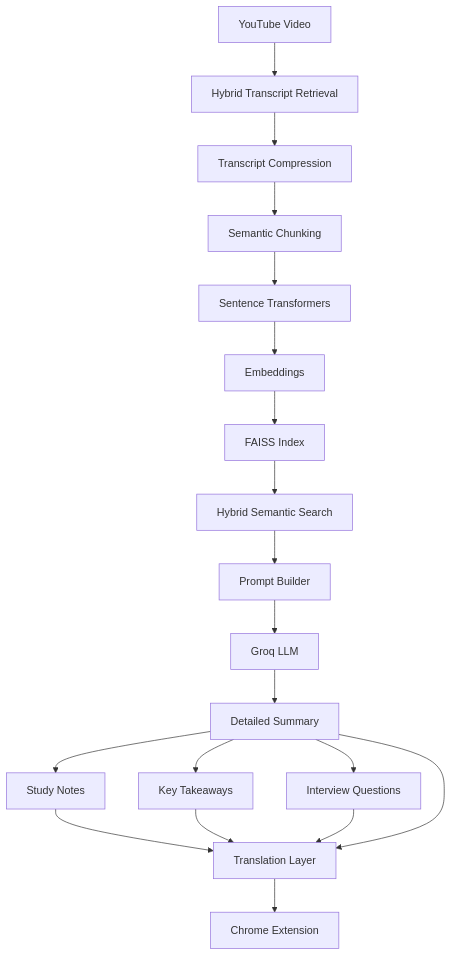
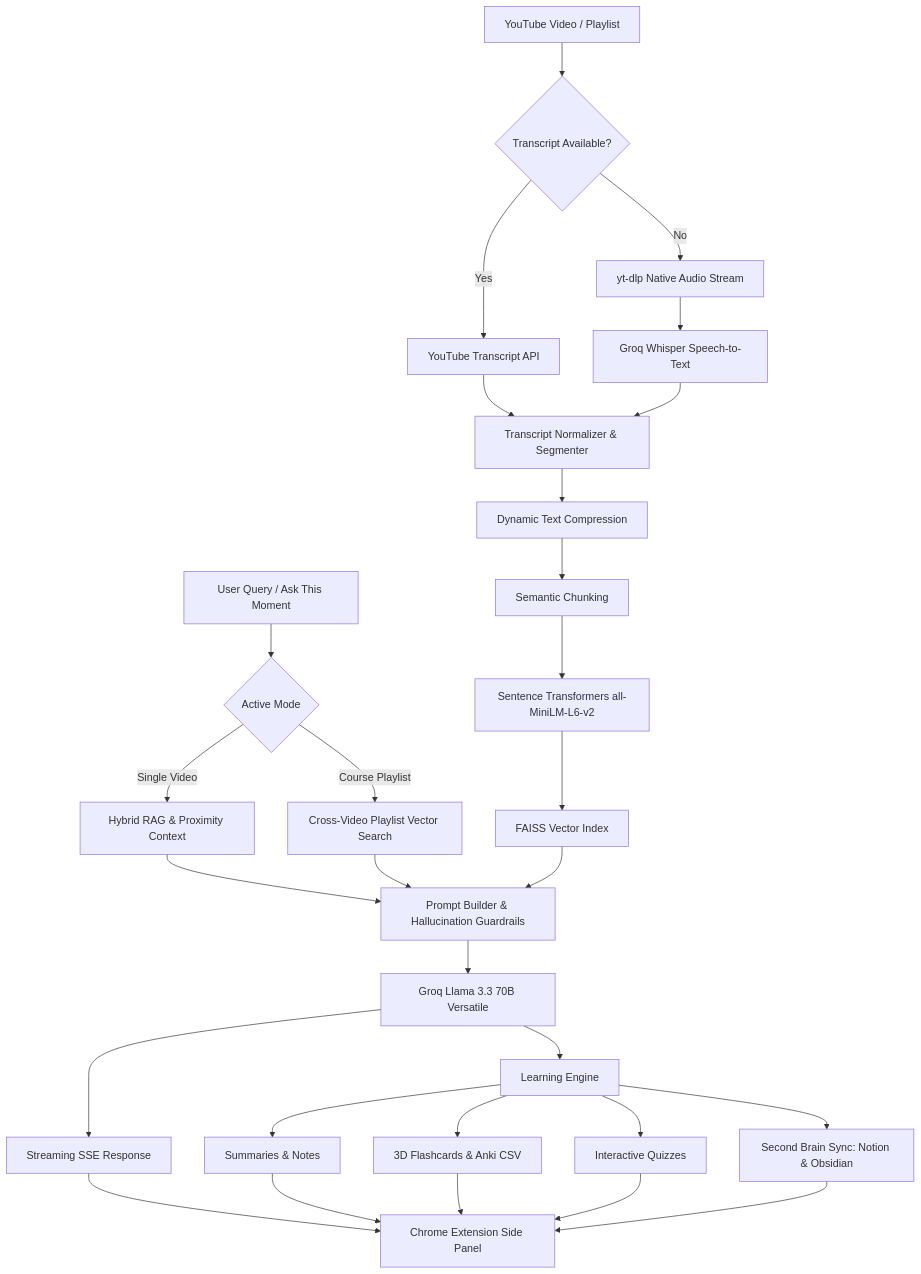
The diagram in README.md (Omkar-narsale/TubeMind-AI), drawn with Mermaid before and after one commit. The commit also changed other lines of this file, not shown here.

Commit message:
docs: modernize and expand README with all 5 new power features, architecture flowchart, and setup guide

````diff
--- a/README.md
+++ b/README.md
@@ -161,50 +88,38 @@
 ```mermaid
 flowchart TD
-
-A[YouTube Video]
---> B[Hybrid Transcript Retrieval]
-
-B
---> C[Transcript Compression]
-
-C
---> D[Semantic Chunking]
-
-D
---> E[Sentence Transformers]
-
-E
---> F[Embeddings]
-
-F
---> G[FAISS Index]
-
-G
---> H[Hybrid Semantic Search]
-
-H
---> I[Prompt Builder]
-
-I
---> J[Groq LLM]
-
-J
---> K[Detailed Summary]
-
-K
---> L[Study Notes]
-
-K
---> M[Key Takeaways]
-
-K
---> N[Interview Questions]
-
-L --> O[Translation Layer]
-M --> O
-N --> O
-K --> O
-
-O
---> P[Chrome Extension]
+    A[YouTube Video / Playlist] --> B{Transcript Available?}
+    B -- Yes --> C[YouTube Transcript API]
+    B -- No --> D[yt-dlp Native Audio Stream]
+    D --> E[Groq Whisper Speech-to-Text]
+    
+    C --> F[Transcript Normalizer & Segmenter]
+    E --> F
+    
+    F --> G[Dynamic Text Compression]
+    G --> H[Semantic Chunking]
+    H --> I[Sentence Transformers all-MiniLM-L6-v2]
+    I --> J[FAISS Vector Index]
+    
+    K[User Query / Ask This Moment] --> L{Active Mode}
+    L -- Single Video --> M[Hybrid RAG & Proximity Context]
+    L -- Course Playlist --> N[Cross-Video Playlist Vector Search]
+    
+    M --> O[Prompt Builder & Hallucination Guardrails]
+    N --> O
+    J --> O
+    
+    O --> P[Groq Llama 3.3 70B Versatile]
+    P --> Q[Streaming SSE Response]
+    
+    P --> R[Learning Engine]
+    R --> S[Summaries & Notes]
+    R --> T[3D Flashcards & Anki CSV]
+    R --> U[Interactive Quizzes]
+    R --> V[Second Brain Sync: Notion & Obsidian]
+    
+    Q --> W[Chrome Extension Side Panel]
+    S --> W
+    T --> W
+    U --> W
+    V --> W
 ```
````
